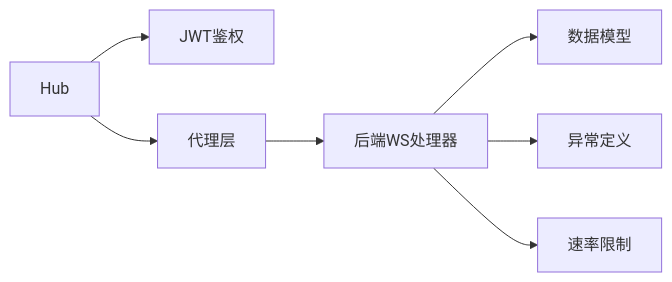
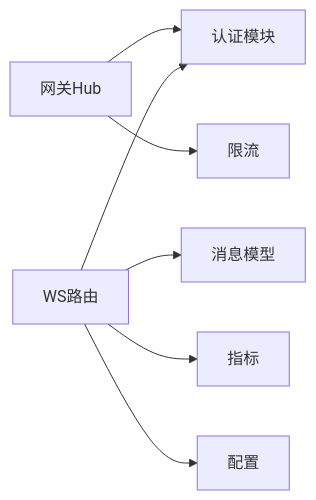
Before and after one commit to zmdhdu/NexusCockpit: the sixth of 6 diagrams in .qoder/repowiki/zh/content/API接口文档/WebSocket实时通信接口.md, drawn with Mermaid. The commit also changed other lines of this file and 478 other files, not shown here.

````diff
--- a/.qoder/repowiki/zh/content/API接口文档/WebSocket实时通信接口.md
+++ b/.qoder/repowiki/zh/content/API接口文档/WebSocket实时通信接口.md
@@ -316,9 +302,9 @@
 ```mermaid
 graph LR
-Hub["Hub"] --> JWT["JWT鉴权"]
-Hub --> Proxy["代理层"]
-Proxy --> WS["后端WS处理器"]
-WS --> Schemas["数据模型"]
-WS --> Exceptions["异常定义"]
-WS --> RateLimit["速率限制"]
+Hub["网关Hub"] --> Auth["认证模块"]
+Hub --> RateLimit["限流"]
+API["WS路由"] --> Auth
+API --> Schemas["消息模型"]
+API --> Metrics["指标"]
+API --> Config["配置"]
 ```
````
